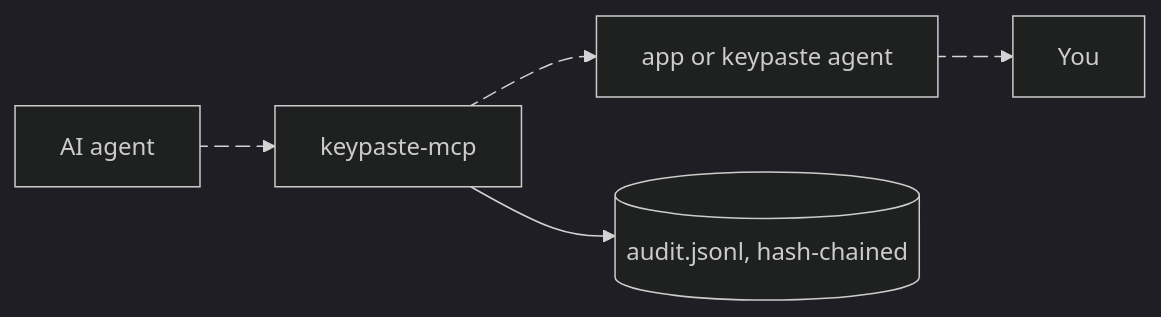
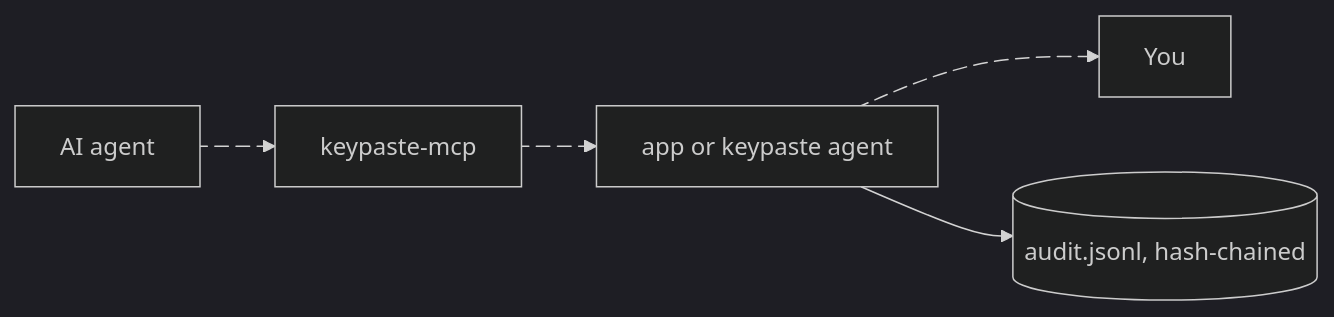
One commit to notinferred/keypaste changed the second of 2 diagrams in site/web/src/content/docs/products/agent-approvals.mdx. Above: the diagram before and after it, drawn with Mermaid (dark theme). The commit also changed other lines of this file and 92 other files, not shown here.

Commit message:
Have the owner write every request's audit line (G.9)

````diff
--- a/site/web/src/content/docs/products/agent-approvals.mdx
+++ b/site/web/src/content/docs/products/agent-approvals.mdx
@@ -29,10 +29,10 @@
 ```mermaid
 flowchart LR
   agent["AI agent"] e1@--> bridge["keypaste-mcp"]
   bridge e2@--> owner["app or keypaste agent"]
   owner e3@--> you["You"]
-  bridge --> log[("audit.jsonl, hash-chained")]
+  owner --> log[("audit.jsonl, hash-chained")]
   e1@{ animate: true }
   e2@{ animate: true }
   e3@{ animate: true }
 ```
````
